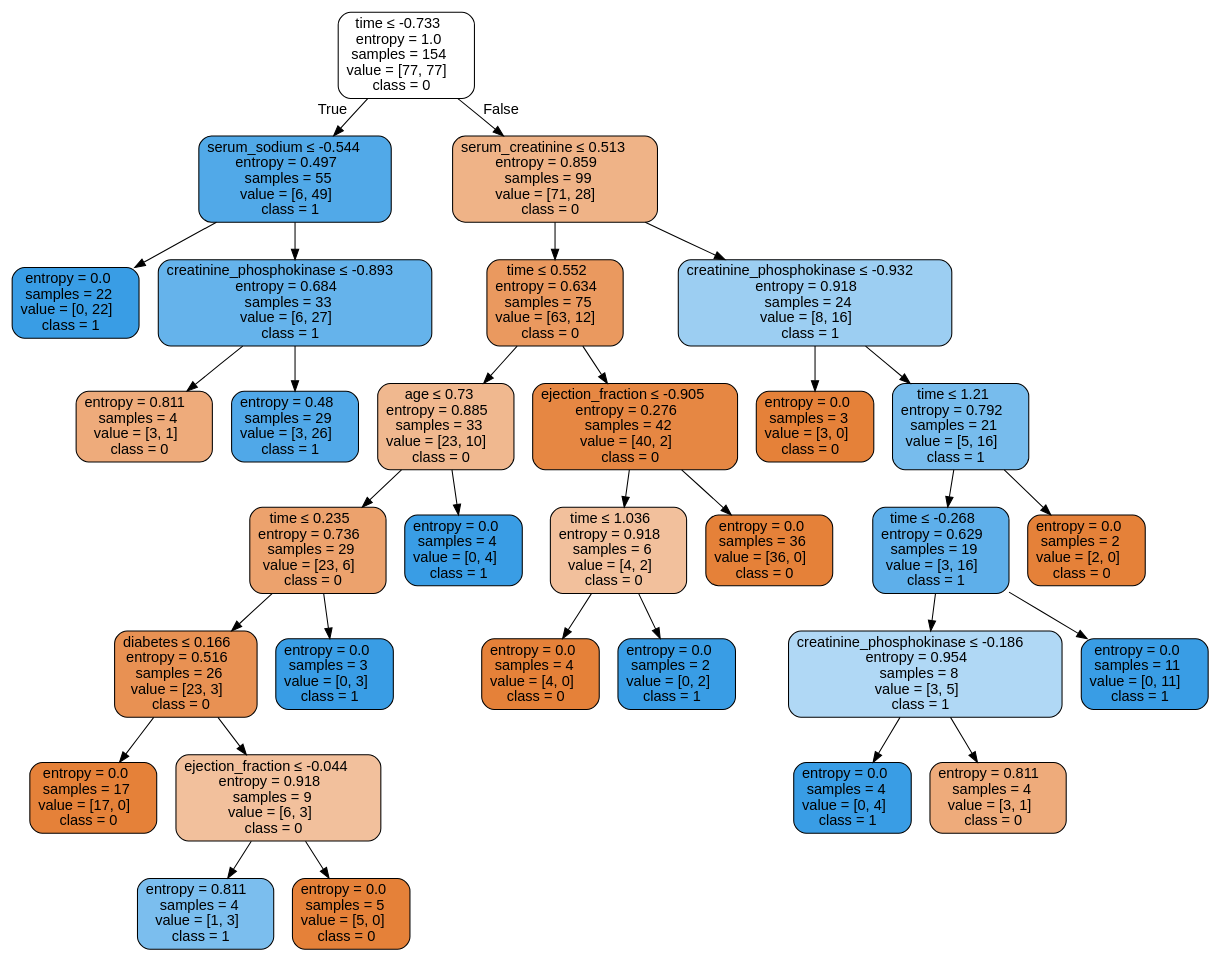
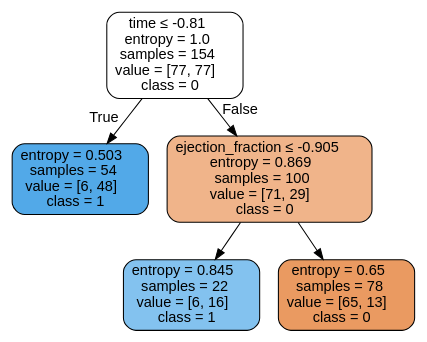
The diagram in Labs/Results/DecisionTrees/FeatureEng/UnderSample/HFCR - UnderSample - dtree.dot (isabelSoares/CD-2021), drawn with Graphviz before and after one commit. The commit also changed 132 other files, not shown here.

```diff
--- a/Labs/Results/DecisionTrees/FeatureEng/UnderSample/HFCR - UnderSample - dtree.dot
+++ b/Labs/Results/DecisionTrees/FeatureEng/UnderSample/HFCR - UnderSample - dtree.dot
@@ -1,65 +1,13 @@
 digraph Tree {
 node [shape=box, style="filled, rounded", color="black", fontname=helvetica] ;
 edge [fontname=helvetica] ;
-0 [label=<time &le; -0.733<br/>entropy = 1.0<br/>samples = 154<br/>value = [77, 77]<br/>class = 0>, fillcolor="#ffffff"] ;
-1 [label=<serum_sodium &le; -0.544<br/>entropy = 0.497<br/>samples = 55<br/>value = [6, 49]<br/>class = 1>, fillcolor="#51a9e8"] ;
+0 [label=<time &le; -0.81<br/>entropy = 1.0<br/>samples = 154<br/>value = [77, 77]<br/>class = 0>, fillcolor="#ffffff"] ;
+1 [label=<entropy = 0.503<br/>samples = 54<br/>value = [6, 48]<br/>class = 1>, fillcolor="#52a9e8"] ;
 0 -> 1 [labeldistance=2.5, labelangle=45, headlabel="True"] ;
-2 [label=<entropy = 0.0<br/>samples = 22<br/>value = [0, 22]<br/>class = 1>, fillcolor="#399de5"] ;
-1 -> 2 ;
-3 [label=<creatinine_phosphokinase &le; -0.893<br/>entropy = 0.684<br/>samples = 33<br/>value = [6, 27]<br/>class = 1>, fillcolor="#65b3eb"] ;
-1 -> 3 ;
-4 [label=<entropy = 0.811<br/>samples = 4<br/>value = [3, 1]<br/>class = 0>, fillcolor="#eeab7b"] ;
-3 -> 4 ;
-5 [label=<entropy = 0.48<br/>samples = 29<br/>value = [3, 26]<br/>class = 1>, fillcolor="#50a8e8"] ;
-3 -> 5 ;
-6 [label=<serum_creatinine &le; 0.513<br/>entropy = 0.859<br/>samples = 99<br/>value = [71, 28]<br/>class = 0>, fillcolor="#efb387"] ;
-0 -> 6 [labeldistance=2.5, labelangle=-45, headlabel="False"] ;
-7 [label=<time &le; 0.552<br/>entropy = 0.634<br/>samples = 75<br/>value = [63, 12]<br/>class = 0>, fillcolor="#ea995f"] ;
-6 -> 7 ;
-8 [label=<age &le; 0.73<br/>entropy = 0.885<br/>samples = 33<br/>value = [23, 10]<br/>class = 0>, fillcolor="#f0b88f"] ;
-7 -> 8 ;
-9 [label=<time &le; 0.235<br/>entropy = 0.736<br/>samples = 29<br/>value = [23, 6]<br/>class = 0>, fillcolor="#eca26d"] ;
-8 -> 9 ;
-10 [label=<diabetes &le; 0.166<br/>entropy = 0.516<br/>samples = 26<br/>value = [23, 3]<br/>class = 0>, fillcolor="#e89153"] ;
-9 -> 10 ;
-11 [label=<entropy = 0.0<br/>samples = 17<br/>value = [17, 0]<br/>class = 0>, fillcolor="#e58139"] ;
-10 -> 11 ;
-12 [label=<ejection_fraction &le; -0.044<br/>entropy = 0.918<br/>samples = 9<br/>value = [6, 3]<br/>class = 0>, fillcolor="#f2c09c"] ;
-10 -> 12 ;
-13 [label=<entropy = 0.811<br/>samples = 4<br/>value = [1, 3]<br/>class = 1>, fillcolor="#7bbeee"] ;
-12 -> 13 ;
-14 [label=<entropy = 0.0<br/>samples = 5<br/>value = [5, 0]<br/>class = 0>, fillcolor="#e58139"] ;
-12 -> 14 ;
-15 [label=<entropy = 0.0<br/>samples = 3<br/>value = [0, 3]<br/>class = 1>, fillcolor="#399de5"] ;
-9 -> 15 ;
-16 [label=<entropy = 0.0<br/>samples = 4<br/>value = [0, 4]<br/>class = 1>, fillcolor="#399de5"] ;
-8 -> 16 ;
-17 [label=<ejection_fraction &le; -0.905<br/>entropy = 0.276<br/>samples = 42<br/>value = [40, 2]<br/>class = 0>, fillcolor="#e68743"] ;
-7 -> 17 ;
-18 [label=<time &le; 1.036<br/>entropy = 0.918<br/>samples = 6<br/>value = [4, 2]<br/>class = 0>, fillcolor="#f2c09c"] ;
-17 -> 18 ;
-19 [label=<entropy = 0.0<br/>samples = 4<br/>value = [4, 0]<br/>class = 0>, fillcolor="#e58139"] ;
-18 -> 19 ;
-20 [label=<entropy = 0.0<br/>samples = 2<br/>value = [0, 2]<br/>class = 1>, fillcolor="#399de5"] ;
-18 -> 20 ;
-21 [label=<entropy = 0.0<br/>samples = 36<br/>value = [36, 0]<br/>class = 0>, fillcolor="#e58139"] ;
-17 -> 21 ;
-22 [label=<creatinine_phosphokinase &le; -0.932<br/>entropy = 0.918<br/>samples = 24<br/>value = [8, 16]<br/>class = 1>, fillcolor="#9ccef2"] ;
-6 -> 22 ;
-23 [label=<entropy = 0.0<br/>samples = 3<br/>value = [3, 0]<br/>class = 0>, fillcolor="#e58139"] ;
-22 -> 23 ;
-24 [label=<time &le; 1.21<br/>entropy = 0.792<br/>samples = 21<br/>value = [5, 16]<br/>class = 1>, fillcolor="#77bced"] ;
-22 -> 24 ;
-25 [label=<time &le; -0.268<br/>entropy = 0.629<br/>samples = 19<br/>value = [3, 16]<br/>class = 1>, fillcolor="#5eafea"] ;
-24 -> 25 ;
-26 [label=<creatinine_phosphokinase &le; -0.186<br/>entropy = 0.954<br/>samples = 8<br/>value = [3, 5]<br/>class = 1>, fillcolor="#b0d8f5"] ;
-25 -> 26 ;
-27 [label=<entropy = 0.0<br/>samples = 4<br/>value = [0, 4]<br/>class = 1>, fillcolor="#399de5"] ;
-26 -> 27 ;
-28 [label=<entropy = 0.811<br/>samples = 4<br/>value = [3, 1]<br/>class = 0>, fillcolor="#eeab7b"] ;
-26 -> 28 ;
-29 [label=<entropy = 0.0<br/>samples = 11<br/>value = [0, 11]<br/>class = 1>, fillcolor="#399de5"] ;
-25 -> 29 ;
-30 [label=<entropy = 0.0<br/>samples = 2<br/>value = [2, 0]<br/>class = 0>, fillcolor="#e58139"] ;
-24 -> 30 ;
+2 [label=<ejection_fraction &le; -0.905<br/>entropy = 0.869<br/>samples = 100<br/>value = [71, 29]<br/>class = 0>, fillcolor="#f0b48a"] ;
+0 -> 2 [labeldistance=2.5, labelangle=-45, headlabel="False"] ;
+3 [label=<entropy = 0.845<br/>samples = 22<br/>value = [6, 16]<br/>class = 1>, fillcolor="#83c2ef"] ;
+2 -> 3 ;
+4 [label=<entropy = 0.65<br/>samples = 78<br/>value = [65, 13]<br/>class = 0>, fillcolor="#ea9a61"] ;
+2 -> 4 ;
 }
```
